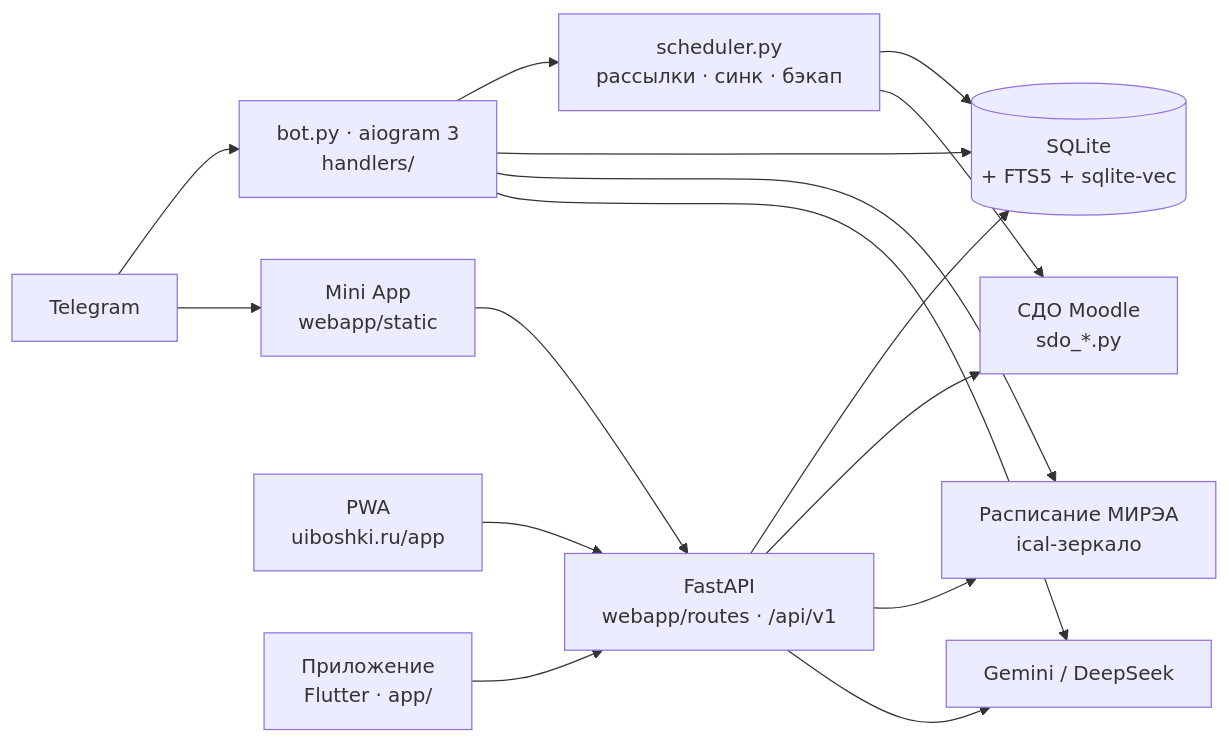
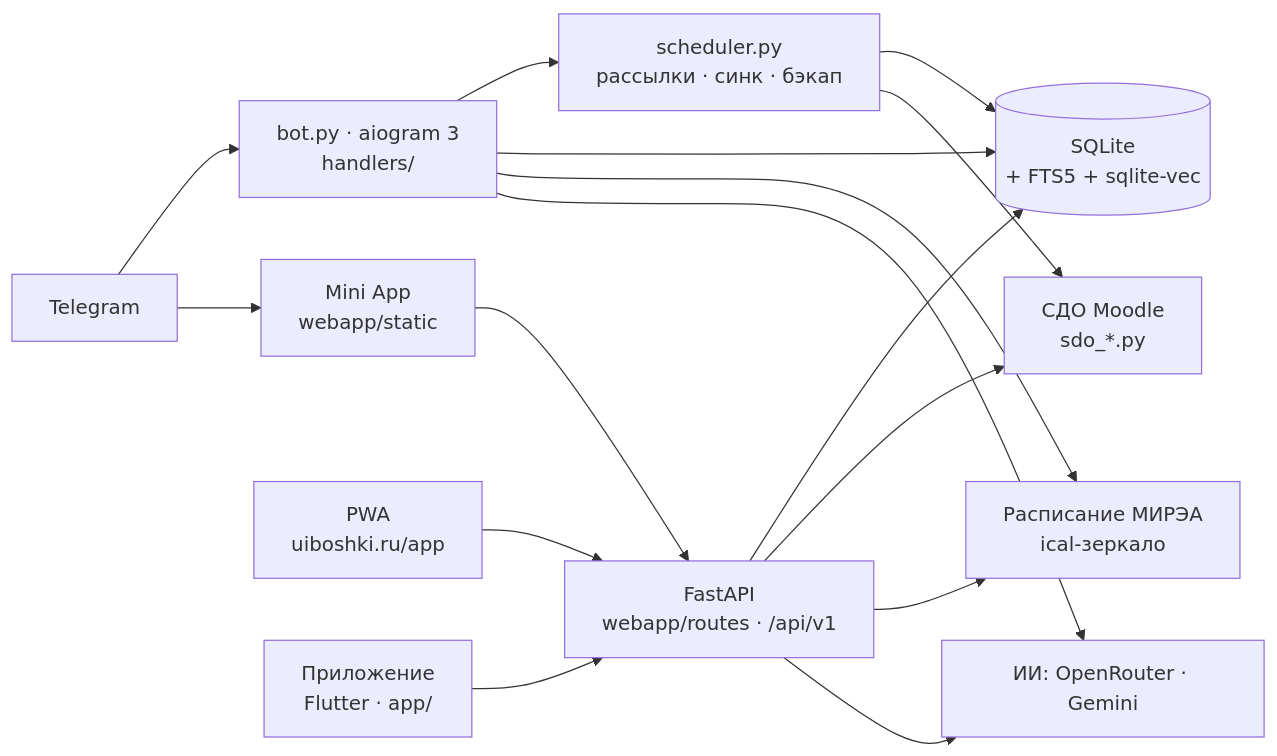
One commit to mekit54567/uiboshki-bot changed the diagram in README.md. Above: the diagram before and after it, drawn with Mermaid. The commit also changed other lines of this file and 15 other files, not shown here.

````diff
--- a/README.md
+++ b/README.md
@@ -173,13 +177,13 @@
 ```mermaid
 flowchart LR
     TG[Telegram] --> BOT["bot.py · aiogram 3<br/>handlers/"]
     TG --> APP["Mini App<br/>webapp/static"]
     WEB["PWA<br/>uiboshki.ru/app"] --> API
     FL["Приложение<br/>Flutter · app/"] --> API
     APP --> API["FastAPI<br/>webapp/routes · /api/v1"]
     BOT --> SCH["scheduler.py<br/>рассылки · синк · бэкап"]
     BOT & API & SCH --> DB[("SQLite<br/>+ FTS5 + sqlite-vec")]
     API & SCH --> SDO["СДО Moodle<br/>sdo_*.py"]
     API & BOT --> MIREA["Расписание МИРЭА<br/>ical-зеркало"]
-    API & BOT --> AI["Gemini / DeepSeek"]
+    API & BOT --> AI["ИИ: OpenRouter · Gemini"]
 ```
````
